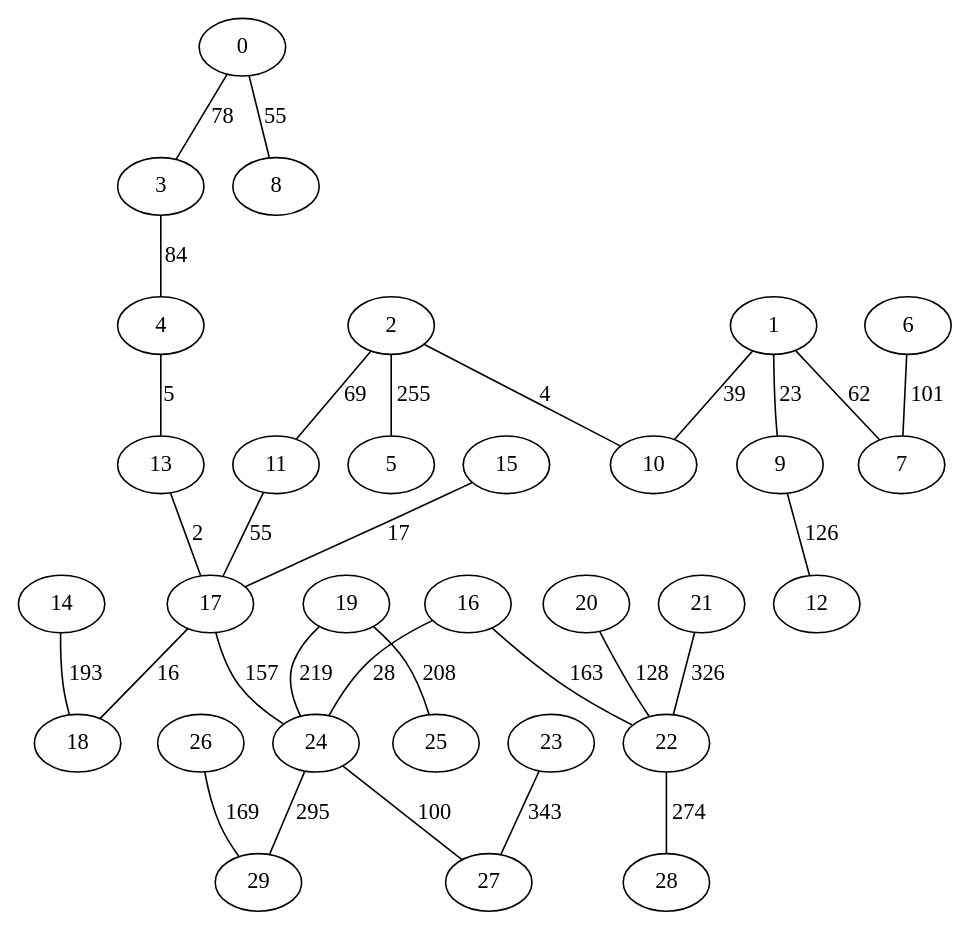
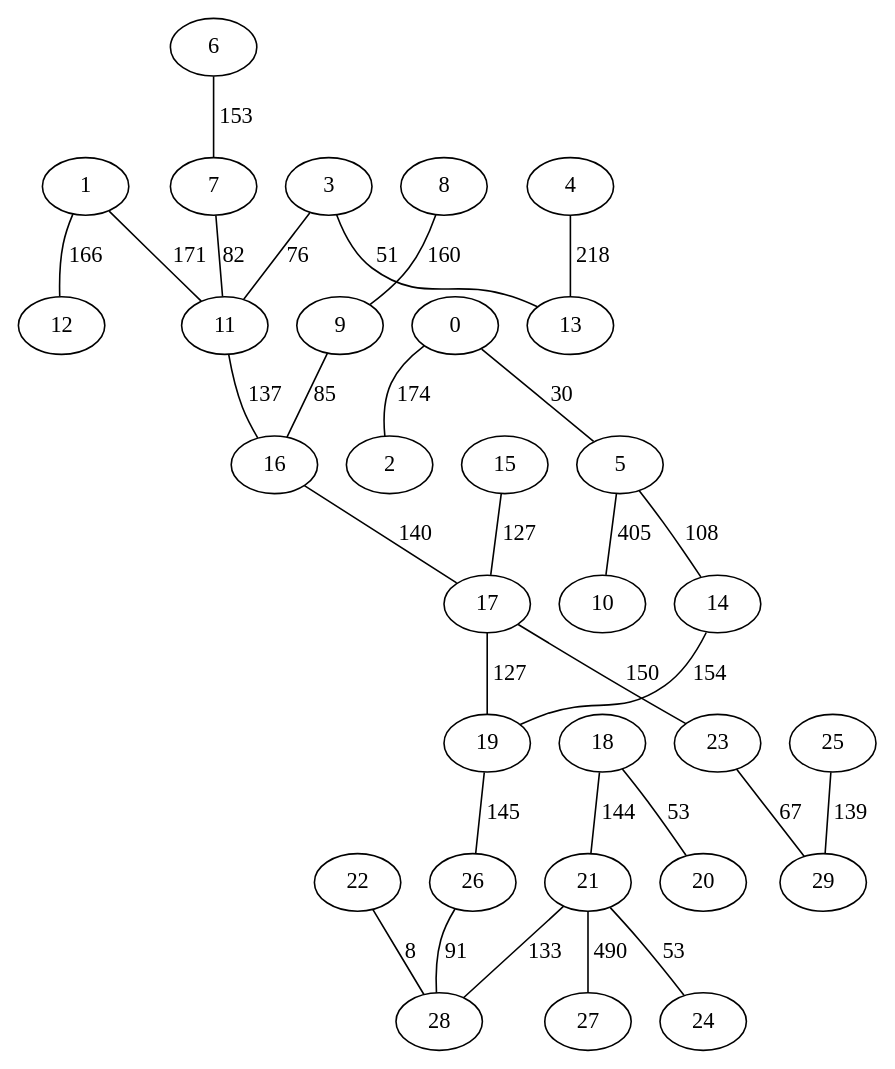
The diagram in Archivos gv/Babarasi/grafo_babarasi_30_10_Kruskal_I.gv (IngYordiDelgado/Proyecto_Grafos_DAA_4), drawn with Graphviz before and after one commit. The commit also changed 7 other files, not shown here.

```diff
--- a/Archivos gv/Babarasi/grafo_babarasi_30_10_Kruskal_I.gv
+++ b/Archivos gv/Babarasi/grafo_babarasi_30_10_Kruskal_I.gv
@@ -1,61 +1,61 @@
 strict graph G {
 0;
 1;
 2;
 3;
 4;
 5;
 6;
 7;
 8;
 9;
 10;
 11;
 12;
 13;
 14;
 15;
 16;
 17;
 18;
 19;
 20;
 21;
 22;
 23;
 24;
 25;
 26;
 27;
 28;
 29;
-1 -- 9  [label=23];
-14 -- 18  [label=193];
-11 -- 17  [label=55];
-16 -- 22  [label=163];
-6 -- 7  [label=101];
-2 -- 10  [label=4];
-3 -- 4  [label=84];
-0 -- 8  [label=55];
-19 -- 25  [label=208];
-4 -- 13  [label=5];
-2 -- 11  [label=69];
-17 -- 18  [label=16];
-2 -- 5  [label=255];
-26 -- 29  [label=169];
-0 -- 3  [label=78];
-1 -- 7  [label=62];
-19 -- 24  [label=219];
-22 -- 28  [label=274];
-13 -- 17  [label=2];
-21 -- 22  [label=326];
-23 -- 27  [label=343];
-20 -- 22  [label=128];
-17 -- 24  [label=157];
-9 -- 12  [label=126];
-24 -- 29  [label=295];
-24 -- 27  [label=100];
-1 -- 10  [label=39];
-16 -- 24  [label=28];
-15 -- 17  [label=17];
+0 -- 5  [label=30];
+17 -- 23  [label=150];
+5 -- 10  [label=405];
+22 -- 28  [label=8];
+7 -- 11  [label=82];
+9 -- 16  [label=85];
+15 -- 17  [label=127];
+0 -- 2  [label=174];
+16 -- 17  [label=140];
+17 -- 19  [label=127];
+6 -- 7  [label=153];
+1 -- 12  [label=166];
+1 -- 11  [label=171];
+18 -- 21  [label=144];
+23 -- 29  [label=67];
+8 -- 9  [label=160];
+26 -- 28  [label=91];
+5 -- 14  [label=108];
+14 -- 19  [label=154];
+4 -- 13  [label=218];
+25 -- 29  [label=139];
+19 -- 26  [label=145];
+3 -- 13  [label=51];
+3 -- 11  [label=76];
+18 -- 20  [label=53];
+21 -- 24  [label=53];
+11 -- 16  [label=137];
+21 -- 27  [label=490];
+21 -- 28  [label=133];
 }
```
